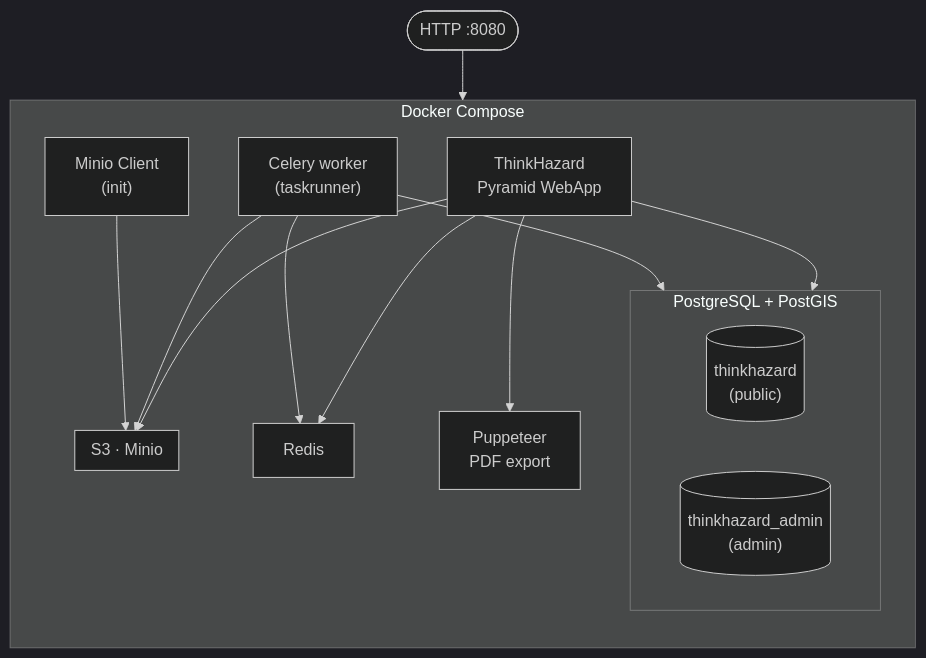
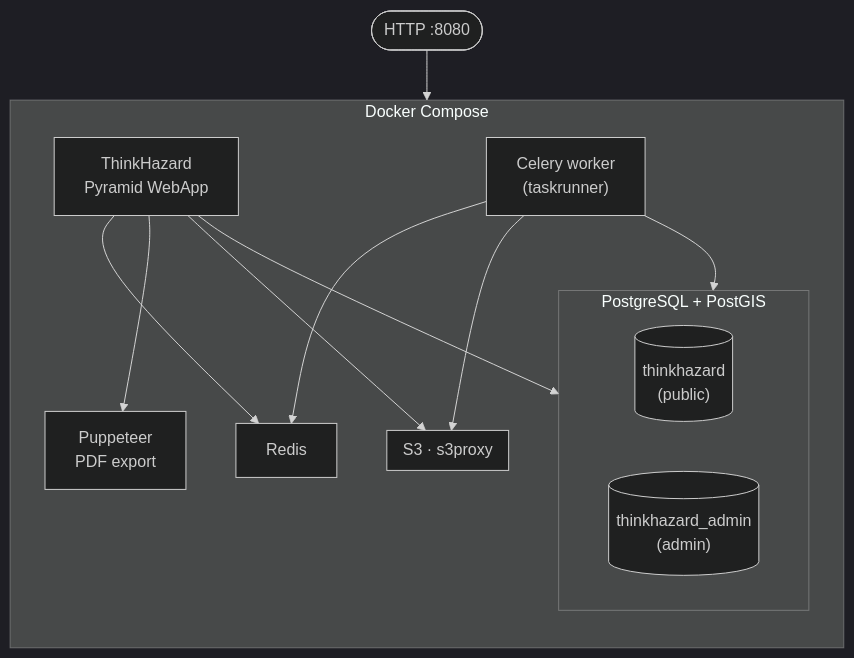
The diagram in README.md (GFDRR/thinkhazard), drawn with Mermaid (dark theme) before and after one commit. The commit also changed other lines of this file and 4 other files, not shown here.

````diff
--- a/README.md
+++ b/README.md
@@ -30,32 +30,29 @@
 ```mermaid
 flowchart TB
     HTTP(["HTTP :8080"])
 
     subgraph compose["Docker Compose"]
         direction TB
         APP["ThinkHazard\nPyramid WebApp"]
         CELERY["Celery worker\n(taskrunner)"]
         REDIS["Redis"]
         PUPPETEER["Puppeteer\nPDF export"]
 
         subgraph pg["PostgreSQL + PostGIS"]
             PUB[("thinkhazard\n(public)")]
             ADM[("thinkhazard_admin\n(admin)")]
         end
 
-        subgraph s3["S3 · Minio"]
+        subgraph s3["S3 · s3proxy"]
         end
-
-        MC["Minio Client\n(init)"]
     end
 
     HTTP --> APP
     APP --> pg
     APP --> REDIS
     APP --> PUPPETEER
     APP --> s3
     CELERY --> REDIS
     CELERY --> pg
     CELERY --> s3
-    MC --> s3
 ```
````
